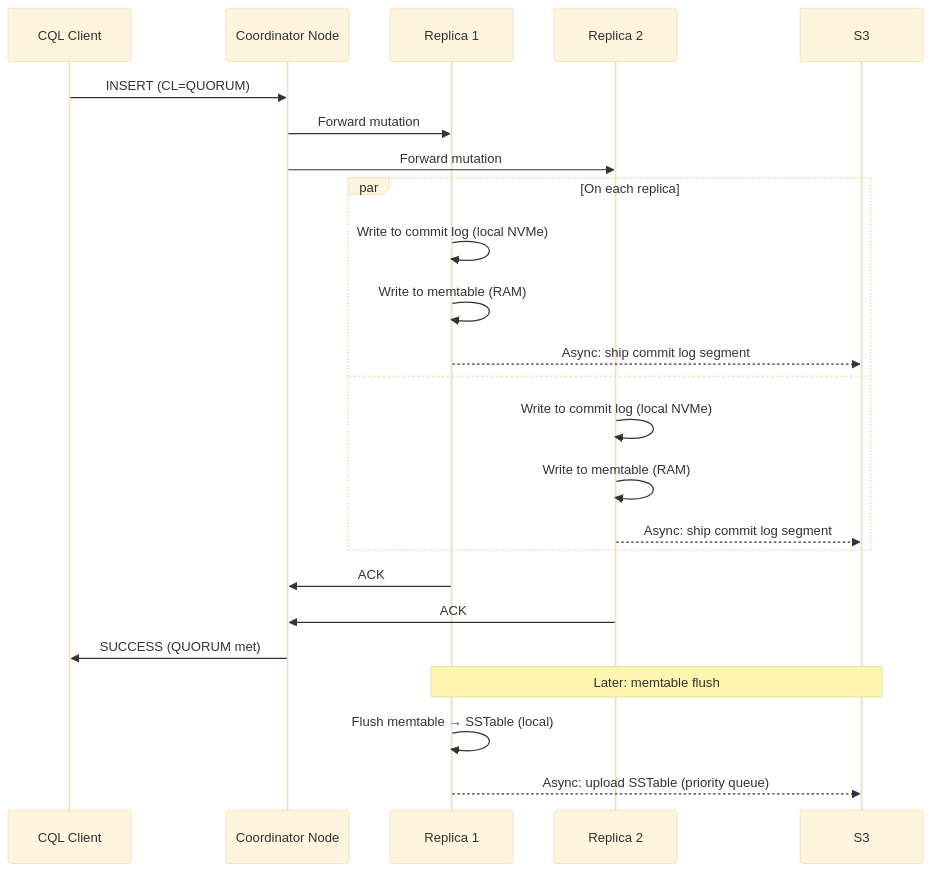
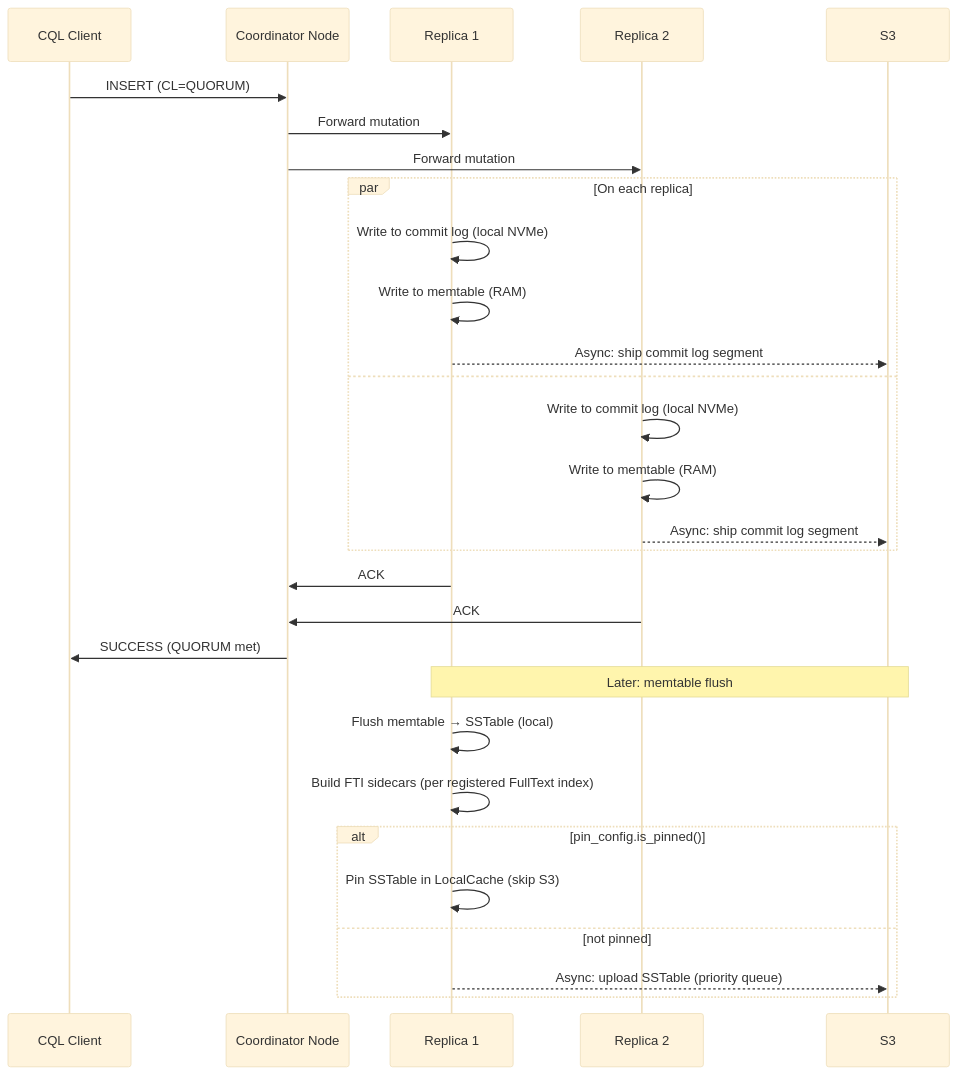
One commit to ferrosadb/ferrosa changed the first of 20 diagrams in specs/data-flow.md. Above: the diagram before and after it, drawn with Mermaid (base theme). The commit also changed other lines of this file and 20 other files, not shown here.

First line of the commit message:
feat: FTS query extensions, FTI flush integration, compaction pin check, docs update

````diff
--- a/specs/data-flow.md
+++ b/specs/data-flow.md
@@ -12,30 +12,35 @@
 ```mermaid
 sequenceDiagram
     participant C as CQL Client
     participant Coord as Coordinator Node
     participant R1 as Replica 1
     participant R2 as Replica 2
     participant S3 as S3
 
     C->>Coord: INSERT (CL=QUORUM)
     Coord->>R1: Forward mutation
     Coord->>R2: Forward mutation
 
     par On each replica
         R1->>R1: Write to commit log (local NVMe)
         R1->>R1: Write to memtable (RAM)
         R1-->>S3: Async: ship commit log segment
     and
         R2->>R2: Write to commit log (local NVMe)
         R2->>R2: Write to memtable (RAM)
         R2-->>S3: Async: ship commit log segment
     end
 
     R1->>Coord: ACK
     R2->>Coord: ACK
     Coord->>C: SUCCESS (QUORUM met)
 
     Note over R1,S3: Later: memtable flush
     R1->>R1: Flush memtable → SSTable (local)
-    R1-->>S3: Async: upload SSTable (priority queue)
+    R1->>R1: Build FTI sidecars (per registered FullText index)
+    alt pin_config.is_pinned()
+        R1->>R1: Pin SSTable in LocalCache (skip S3)
+    else not pinned
+        R1-->>S3: Async: upload SSTable (priority queue)
+    end
 ```
````
